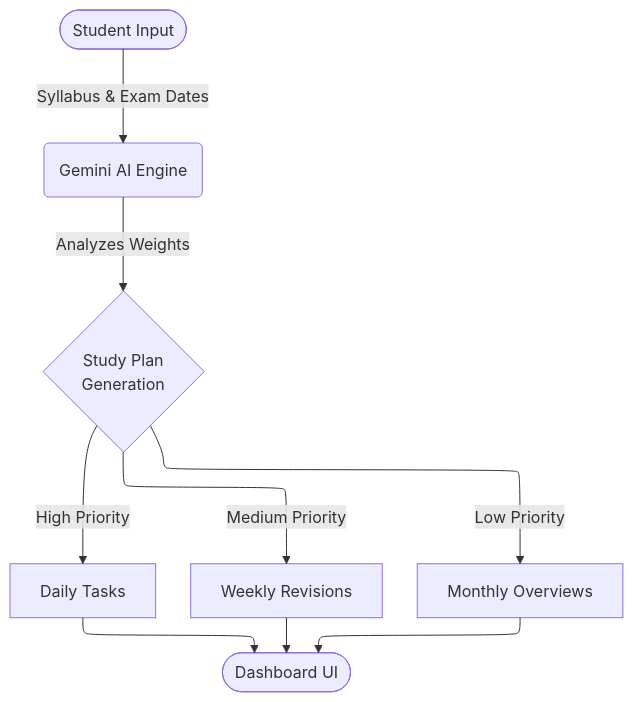
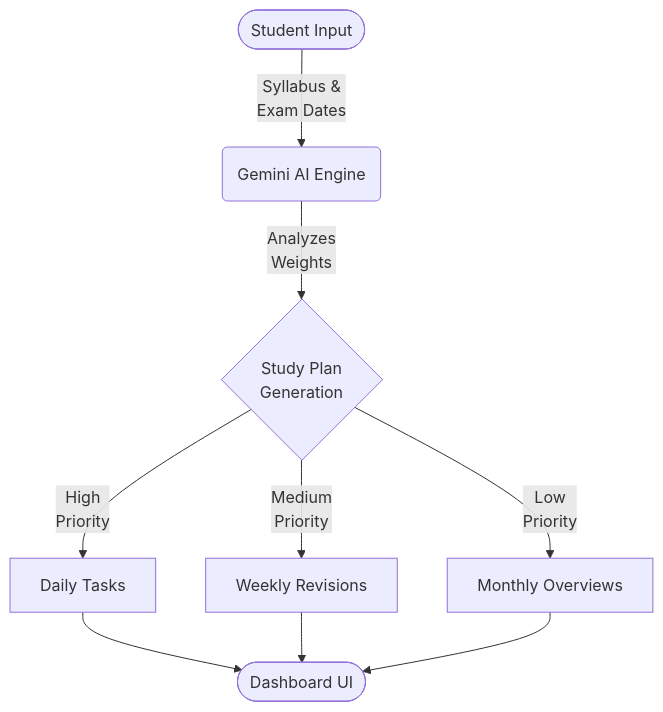
The first of 4 diagrams in README.md (divyanshus2404/BlueBottleCap-Saas), drawn with Mermaid before and after one commit. The commit also changed other lines of this file, not shown here.

Commit message:
style: aggressively format mermaid charts for maximum readability and zero overlap

````diff
--- a/README.md
+++ b/README.md
@@ -34,14 +34,14 @@
 ```mermaid
-%%{init: {"flowchart": {"defaultRenderer": "elk", "nodeSpacing": 80, "rankSpacing": 80}}}%%
+%%{init: {"flowchart": {"nodeSpacing": 50, "rankSpacing": 50}}}%%
 graph TD
-    A([Student Input]) -->|Syllabus & Exam Dates| B(Gemini AI Engine)
-    B -->|Analyzes Weights| C{Study Plan<br/>Generation}
+    A([Student Input]) -->|Syllabus &<br/>Exam Dates| B(Gemini AI Engine)
+    B -->|Analyzes<br/>Weights| C{Study Plan<br/>Generation}
     
-    C -->|High Priority| D[Daily Tasks]
-    C -->|Medium Priority| E[Weekly Revisions]
-    C -->|Low Priority| F[Monthly Overviews]
+    C -->|High<br/>Priority| D[Daily Tasks]
+    C -->|Medium<br/>Priority| E[Weekly Revisions]
+    C -->|Low<br/>Priority| F[Monthly Overviews]
     
     D --> G([Dashboard UI])
     E --> G
     F --> G
 ```
````
